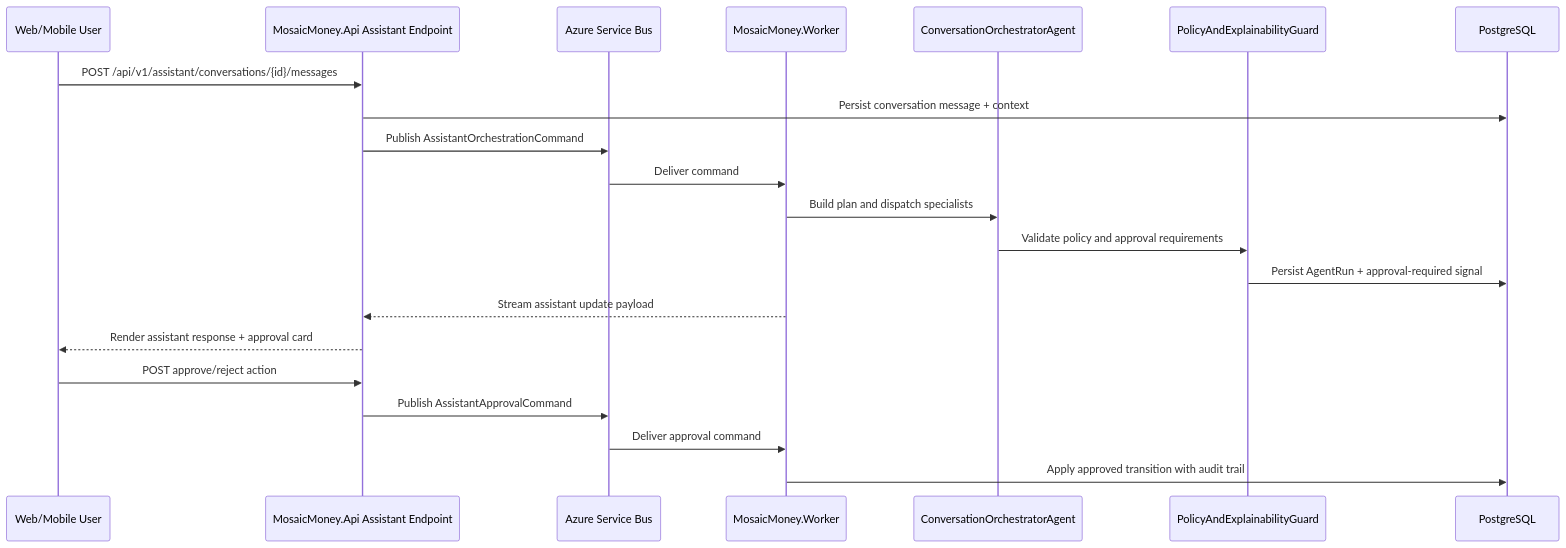
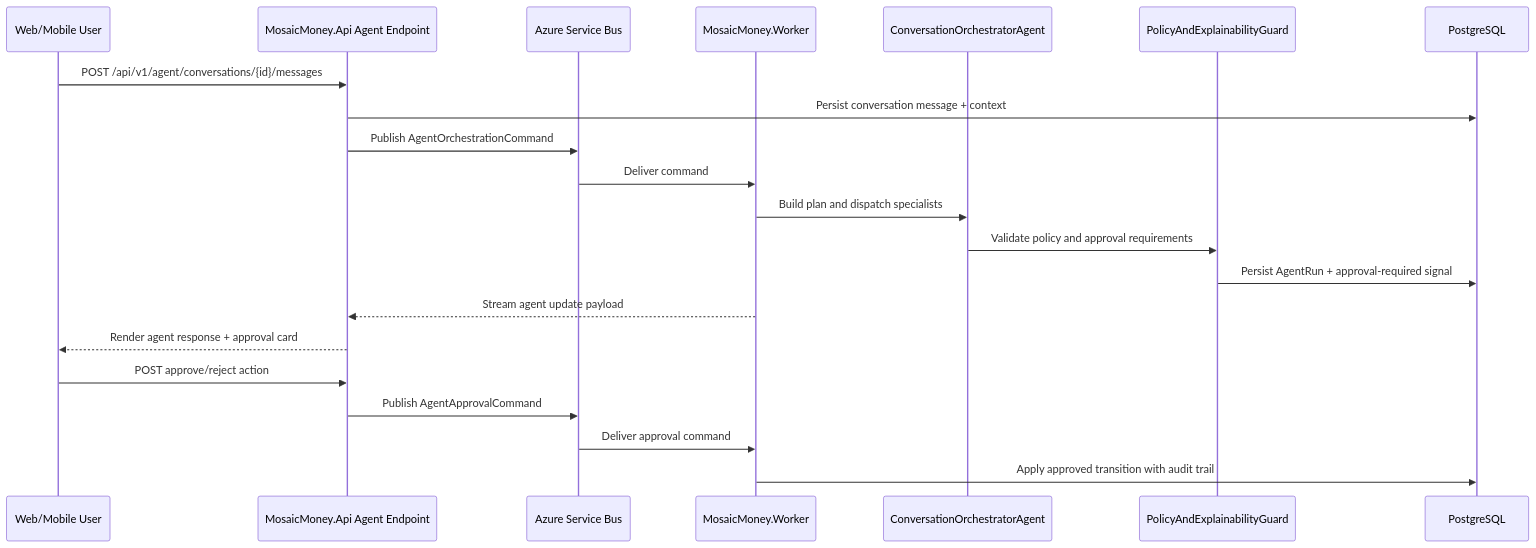
Before and after one commit to ChrisMcKee1/Mosaic-Money: the second of 2 diagrams in docs/architecture/multi-agent-orchestration-sequences.md, drawn with Mermaid. The commit also changed other lines of this file and 39 other files, not shown here.

````diff
--- a/docs/architecture/multi-agent-orchestration-sequences.md
+++ b/docs/architecture/multi-agent-orchestration-sequences.md
@@ -32,24 +32,24 @@
 ```mermaid
 sequenceDiagram
     participant User as Web/Mobile User
-    participant API as MosaicMoney.Api Assistant Endpoint
+    participant API as MosaicMoney.Api Agent Endpoint
     participant SB as Azure Service Bus
     participant Worker as MosaicMoney.Worker
     participant Orch as ConversationOrchestratorAgent
     participant Guard as PolicyAndExplainabilityGuard
     participant DB as PostgreSQL
 
-    User->>API: POST /api/v1/assistant/conversations/{id}/messages
+    User->>API: POST /api/v1/agent/conversations/{id}/messages
     API->>DB: Persist conversation message + context
-    API->>SB: Publish AssistantOrchestrationCommand
+    API->>SB: Publish AgentOrchestrationCommand
     SB->>Worker: Deliver command
     Worker->>Orch: Build plan and dispatch specialists
     Orch->>Guard: Validate policy and approval requirements
     Guard->>DB: Persist AgentRun + approval-required signal
-    Worker-->>API: Stream assistant update payload
-    API-->>User: Render assistant response + approval card
+    Worker-->>API: Stream agent update payload
+    API-->>User: Render agent response + approval card
     User->>API: POST approve/reject action
-    API->>SB: Publish AssistantApprovalCommand
+    API->>SB: Publish AgentApprovalCommand
     SB->>Worker: Deliver approval command
     Worker->>DB: Apply approved transition with audit trail
 ```
````
